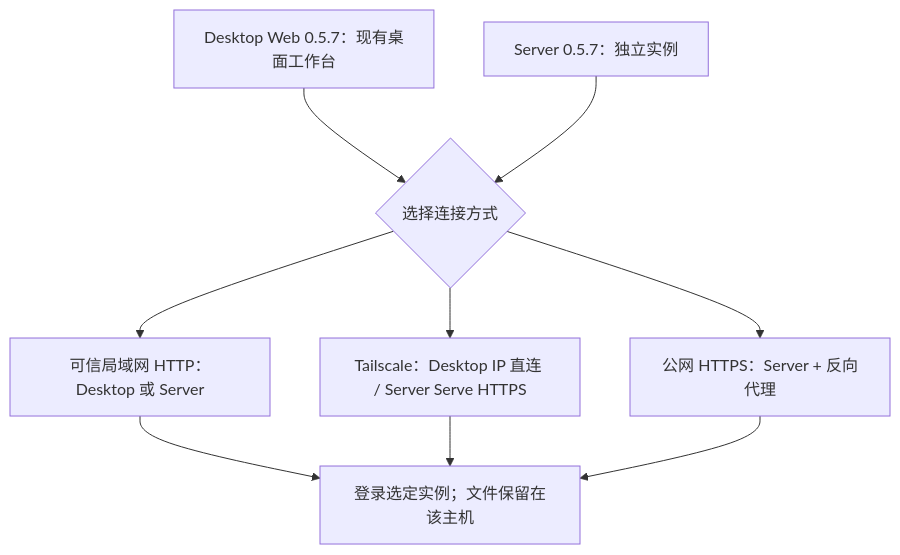
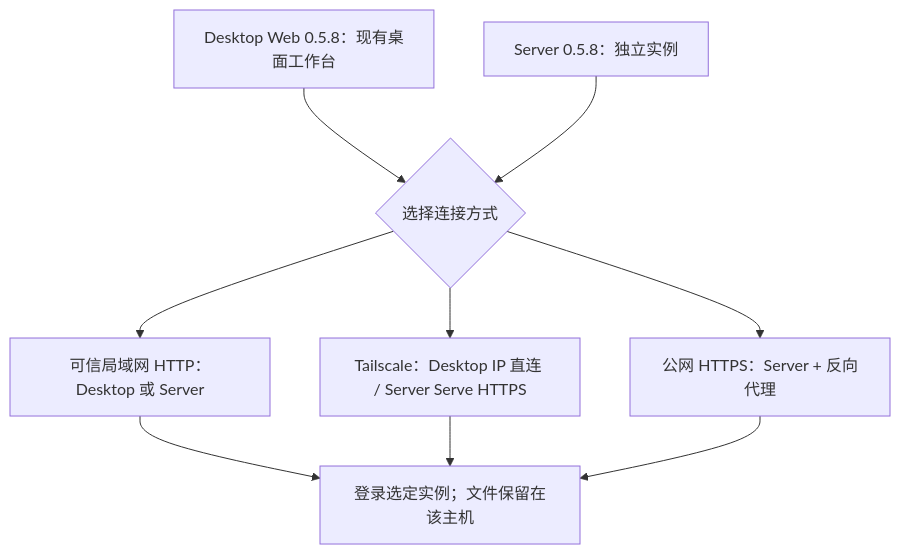
Before and after one commit to murray17/rovai-ai: the diagram in website/site/public/assets/diagrams/deployment-choice-zh.mmd, drawn with Mermaid. The commit also changed 10 other files, not shown here.

```diff
--- a/website/site/public/assets/diagrams/deployment-choice-zh.mmd
+++ b/website/site/public/assets/diagrams/deployment-choice-zh.mmd
@@ -1,12 +1,12 @@
 flowchart TB
-  desktop["Desktop Web 0.5.7：现有桌面工作台"]
-  server["Server 0.5.7：独立实例"]
+  desktop["Desktop Web 0.5.8：现有桌面工作台"]
+  server["Server 0.5.8：独立实例"]
   choice{"选择连接方式"}
   desktop --> choice
   server --> choice
   choice --> lan["可信局域网 HTTP：Desktop 或 Server"]
   choice --> ts["Tailscale：Desktop IP 直连 / Server Serve HTTPS"]
   choice --> public["公网 HTTPS：Server + 反向代理"]
   lan --> login["登录选定实例；文件保留在该主机"]
   ts --> login
   public --> login
```
